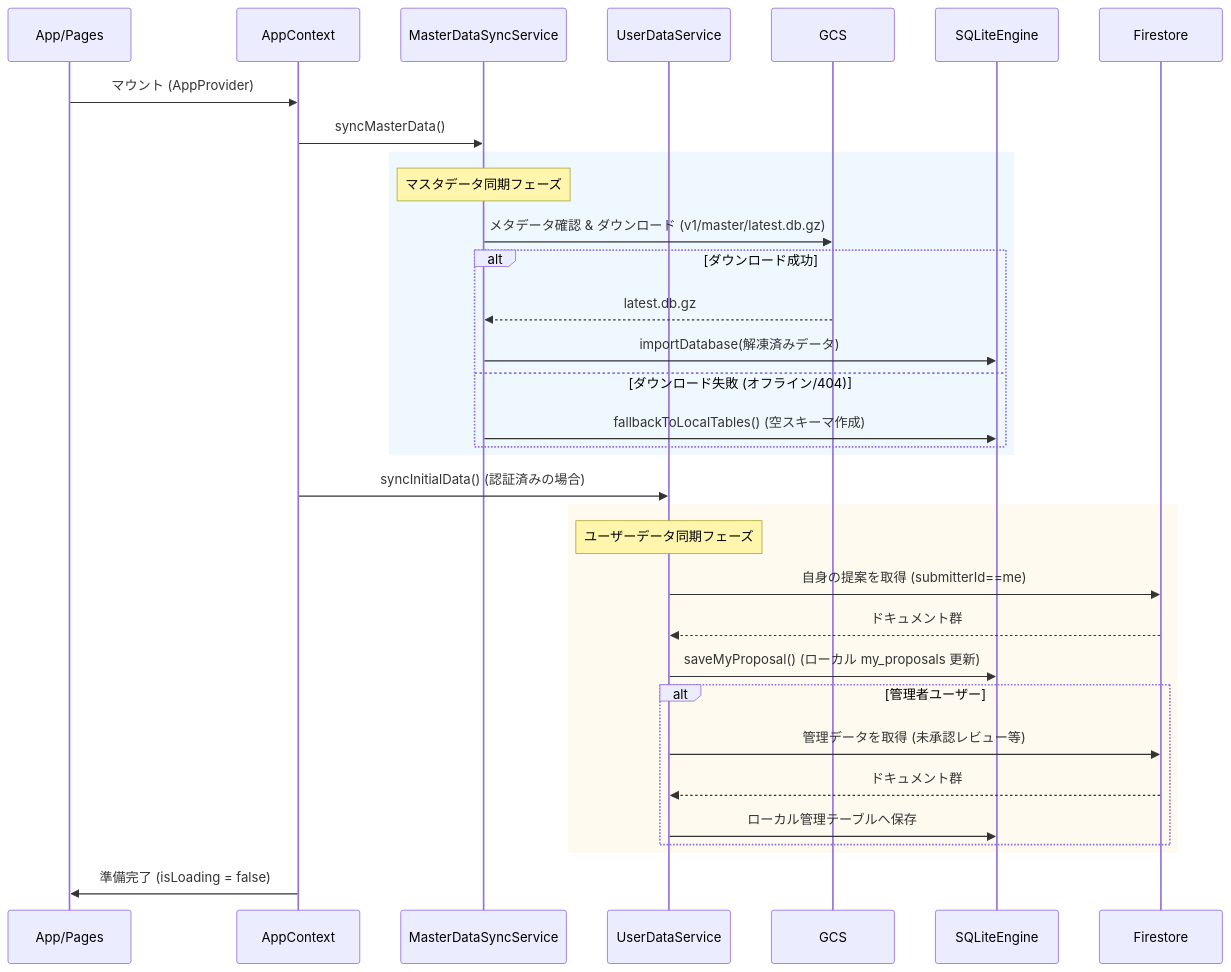
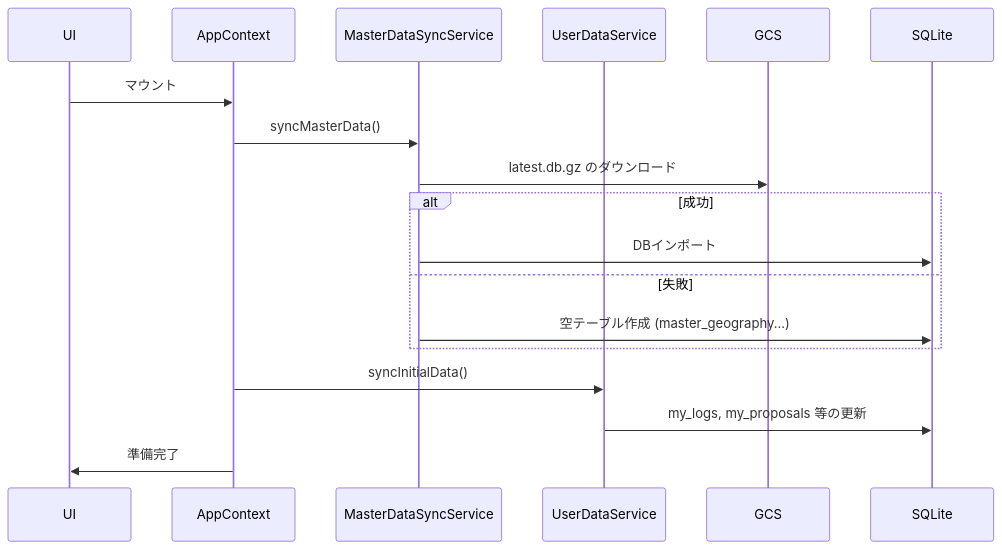
The third of 5 diagrams in DATABASE_DESIGN.md (cloud-solutions-ttakeuchi/wedive), drawn with Mermaid before and after one commit. The commit also changed other lines of this file, not shown here.

````diff
--- a/DATABASE_DESIGN.md
+++ b/DATABASE_DESIGN.md
@@ -187,41 +200,21 @@
 ```mermaid
 sequenceDiagram
-    participant UI as App/Pages
+    participant UI
     participant CTX as AppContext
     participant MDSync as MasterDataSyncService
     participant UDS as UserDataService
     participant GCS
-    participant SQLite as SQLiteEngine
-    participant FS as Firestore
+    participant SQLite
 
-    UI->>CTX: マウント (AppProvider)
+    UI->>CTX: マウント
     CTX->>MDSync: syncMasterData()
-    
-    rect rgb(240, 248, 255)
-    note over MDSync: マスタデータ同期フェーズ
-    MDSync->>GCS: メタデータ確認 & ダウンロード (v1/master/latest.db.gz)
-    alt ダウンロード成功
-        GCS-->>MDSync: latest.db.gz
-        MDSync->>SQLite: importDatabase(解凍済みデータ)
-    else ダウンロード失敗 (オフライン/404)
-        MDSync->>SQLite: fallbackToLocalTables() (空スキーマ作成)
+    MDSync->>GCS: latest.db.gz のダウンロード
+    alt 成功
+        MDSync->>SQLite: DBインポート
+    else 失敗
+        MDSync->>SQLite: 空テーブル作成 (master_geography...)
     end
-    end
-
-    CTX->>UDS: syncInitialData() (認証済みの場合)
-    
-    rect rgb(255, 250, 240)
-    note over UDS: ユーザーデータ同期フェーズ
-    UDS->>FS: 自身の提案を取得 (submitterId==me)
-    FS-->>UDS: ドキュメント群
-    UDS->>SQLite: saveMyProposal() (ローカル my_proposals 更新)
-    
-    alt 管理者ユーザー
-        UDS->>FS: 管理データを取得 (未承認レビュー等)
-        FS-->>UDS: ドキュメント群
-        UDS->>SQLite: ローカル管理テーブルへ保存
-    end
-    end
-    
-    CTX->>UI: 準備完了 (isLoading = false)
+    CTX->>UDS: syncInitialData()
+    UDS->>SQLite: my_logs, my_proposals 等の更新
+    CTX->>UI: 準備完了
 ```
````
